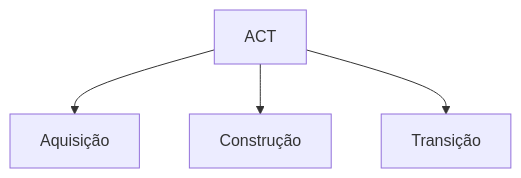
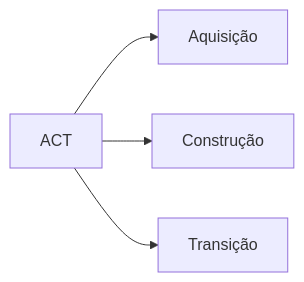
The third of 3 diagrams in Módulo 1/01. Educação Gratuita e Empregabilidade Juntas.md (joeywheelersam/Java-AI-Powered), drawn with Mermaid before and after one commit. The commit also changed other lines of this file, not shown here.

````diff
--- a/Módulo 1/01. Educação Gratuita e Empregabilidade Juntas.md
+++ b/Módulo 1/01. Educação Gratuita e Empregabilidade Juntas.md
@@ -20,6 +40,6 @@
 ```mermaid
-graph TD;
+flowchart LR;
     ACT --> Aquisição;
     ACT --> Construção;
     ACT --> Transição;
 ```
````
